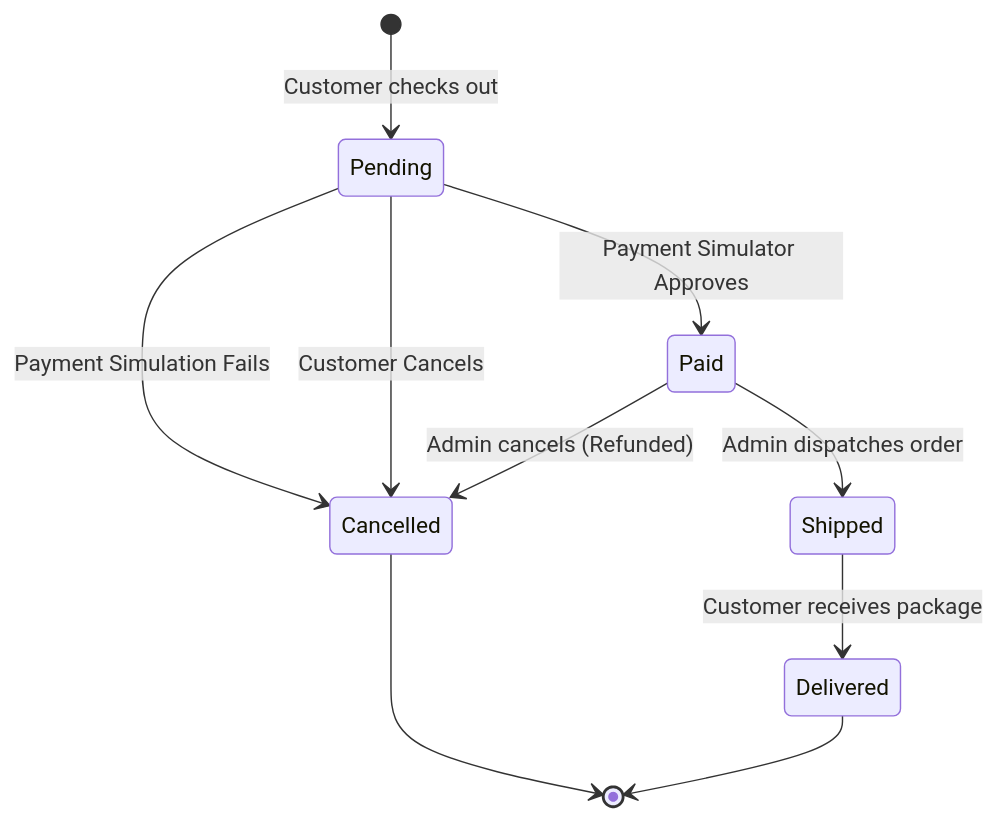
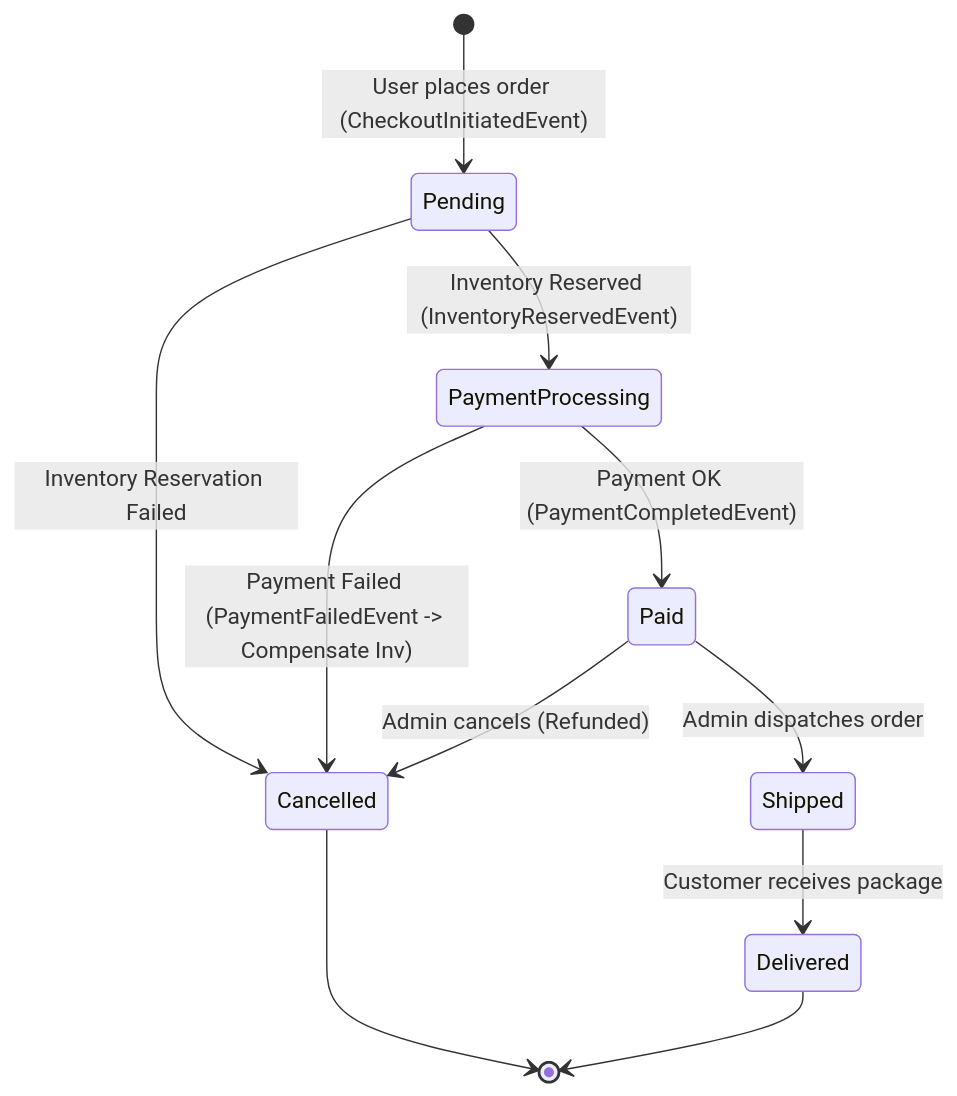
The fourth of 16 diagrams in CapShop/docs/SystemArchitecture.md (Kundan12218014/FastTrack-CapShop), drawn with Mermaid before and after one commit. The commit also changed other lines of this file and 95 other files, not shown here.

````diff
--- a/CapShop/docs/SystemArchitecture.md
+++ b/CapShop/docs/SystemArchitecture.md
@@ -159,16 +156,18 @@
 ```mermaid
 stateDiagram-v2
-    [*] --> Pending : Customer checks out
-    
-    Pending --> Paid : Payment Simulator Approves
-    Pending --> Cancelled : Payment Simulation Fails
-    Pending --> Cancelled : Customer Cancels
-    
+    [*] --> Pending : User places order (CheckoutInitiatedEvent)
+
+    Pending --> PaymentProcessing : Inventory Reserved (InventoryReservedEvent)
+    Pending --> Cancelled : Inventory Reservation Failed
+
+    PaymentProcessing --> Paid : Payment OK (PaymentCompletedEvent)
+    PaymentProcessing --> Cancelled : Payment Failed (PaymentFailedEvent -> Compensate Inv)
+
     Paid --> Shipped : Admin dispatches order
     Paid --> Cancelled : Admin cancels (Refunded)
-    
+
     Shipped --> Delivered : Customer receives package
-    
+
     Cancelled --> [*]
     Delivered --> [*]
 ```
````
